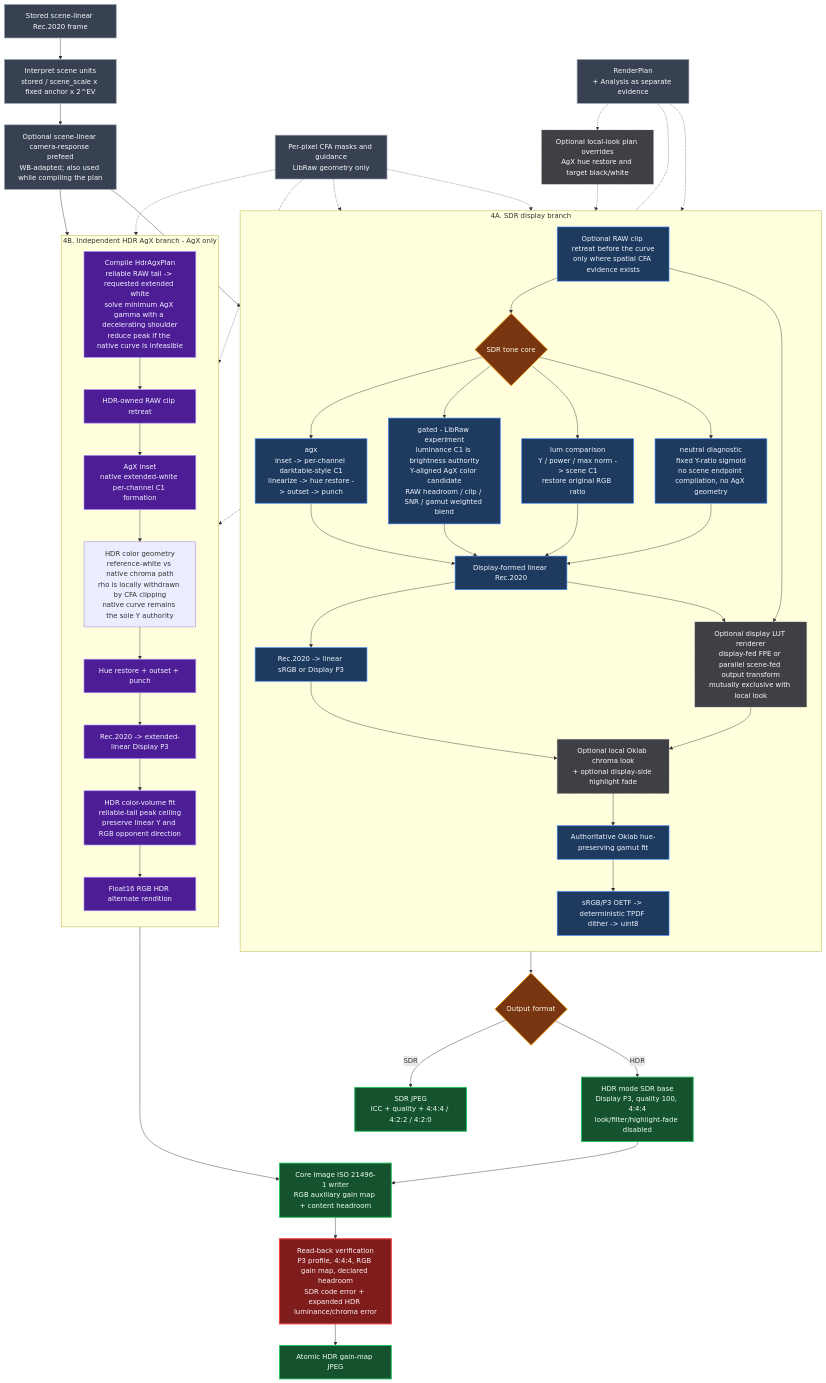
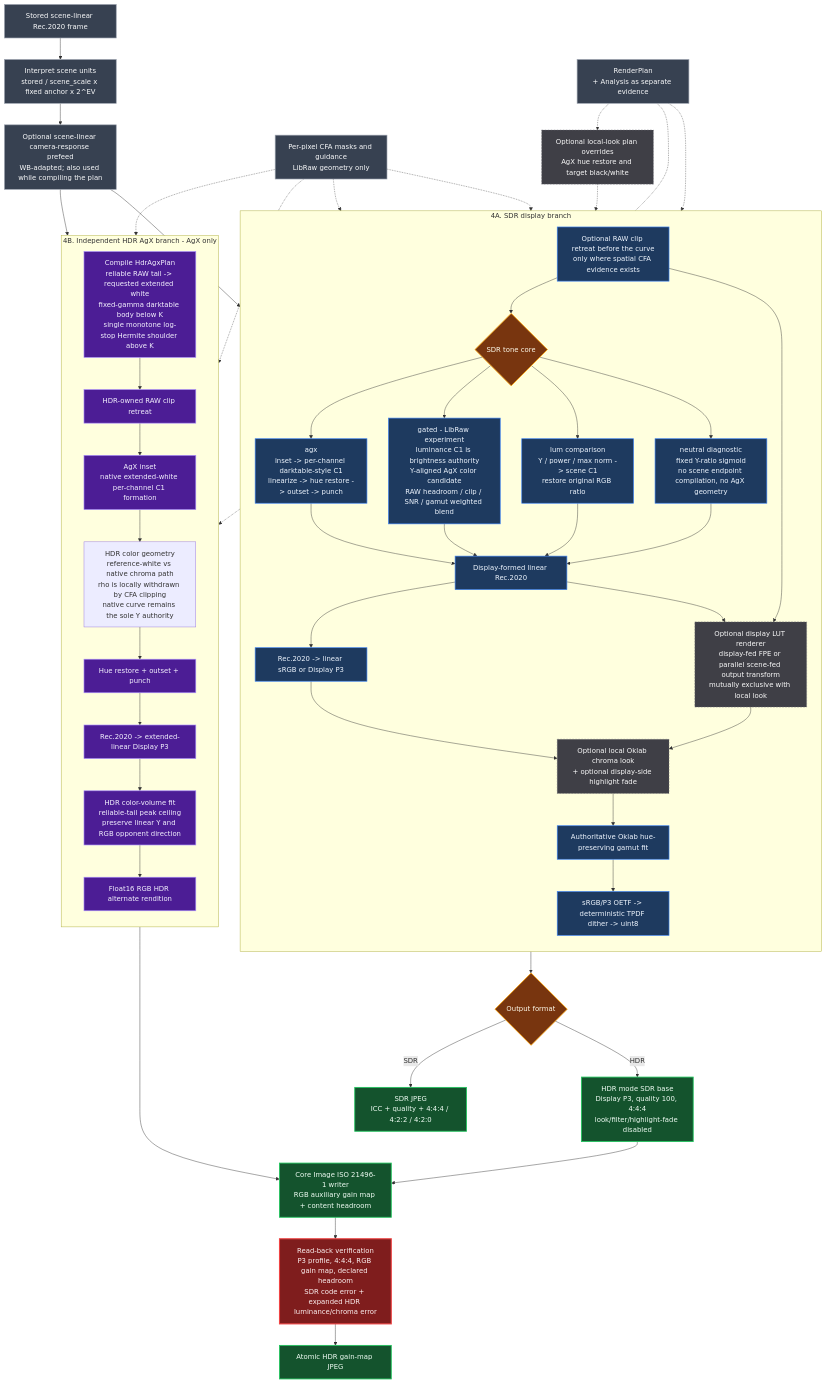
One commit to deadwood1998/dngscan changed the second of 2 diagrams in README.md. Above: the diagram before and after it, drawn with Mermaid. The commit also changed other lines of this file and 13 other files, not shown here.

Commit message:
hdr: make the v2 shoulder contract explicit

```diff
--- a/README.md
+++ b/README.md
@@ -195,7 +195,7 @@
 
     subgraph HDR["4B. Independent HDR AgX branch - AgX only"]
         direction TB
-        HDRPLAN["Compile HdrAgxPlan<br/>reliable RAW tail -> requested extended white<br/>solve minimum AgX gamma with a decelerating shoulder<br/>reduce peak if the native curve is infeasible"]
+        HDRPLAN["Compile HdrAgxPlan<br/>reliable RAW tail -> requested extended white<br/>fixed-gamma darktable body below K<br/>single monotone log-stop Hermite shoulder above K"]
         HRETREAT["HDR-owned RAW clip retreat"]
         HINSET["AgX inset<br/>native extended-white per-channel C1 formation"]
         PATH["HDR color geometry<br/>reference-white vs native chroma path<br/>rho is locally withdrawn by CFA clipping<br/>native curve remains the sole Y authority"]
```
